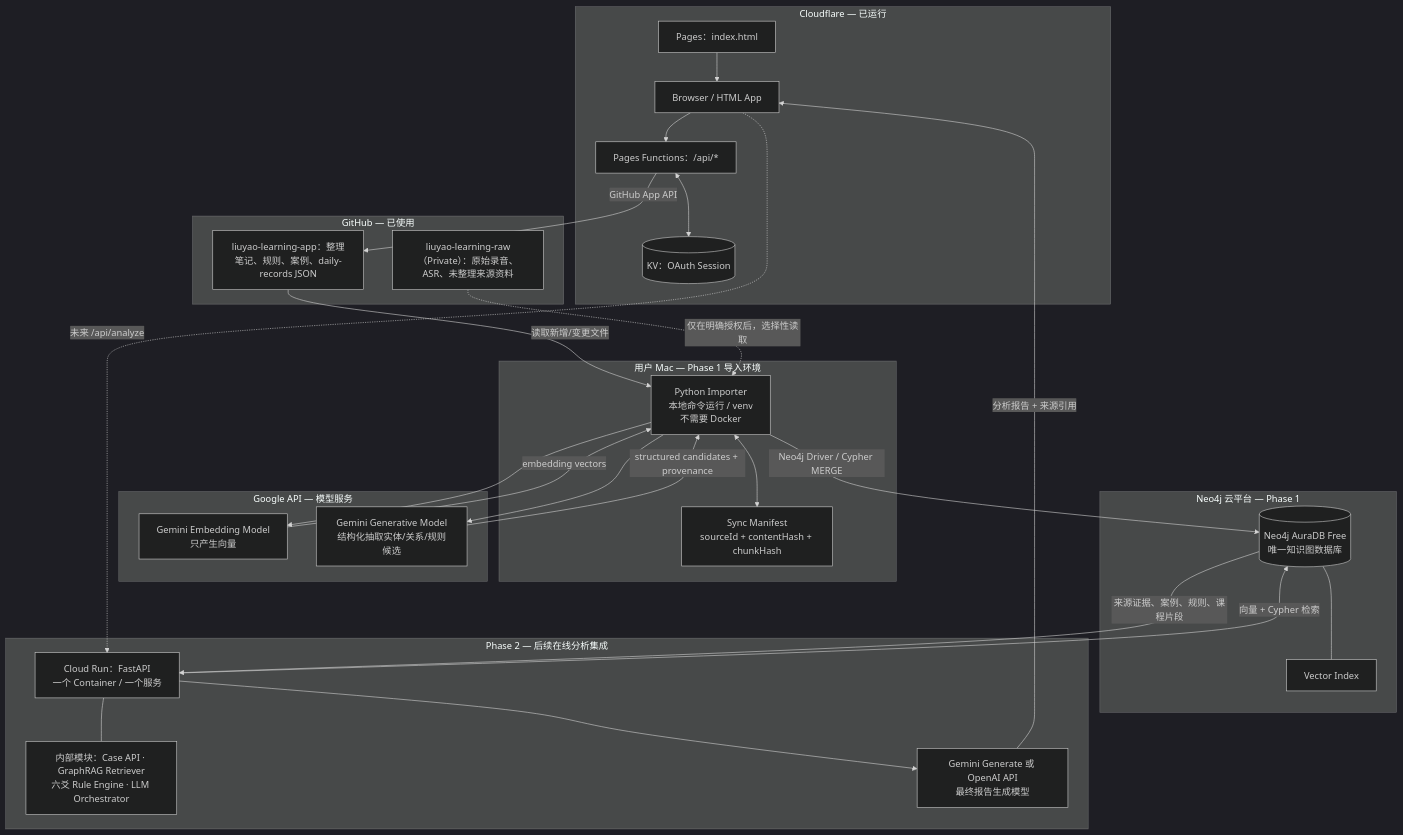
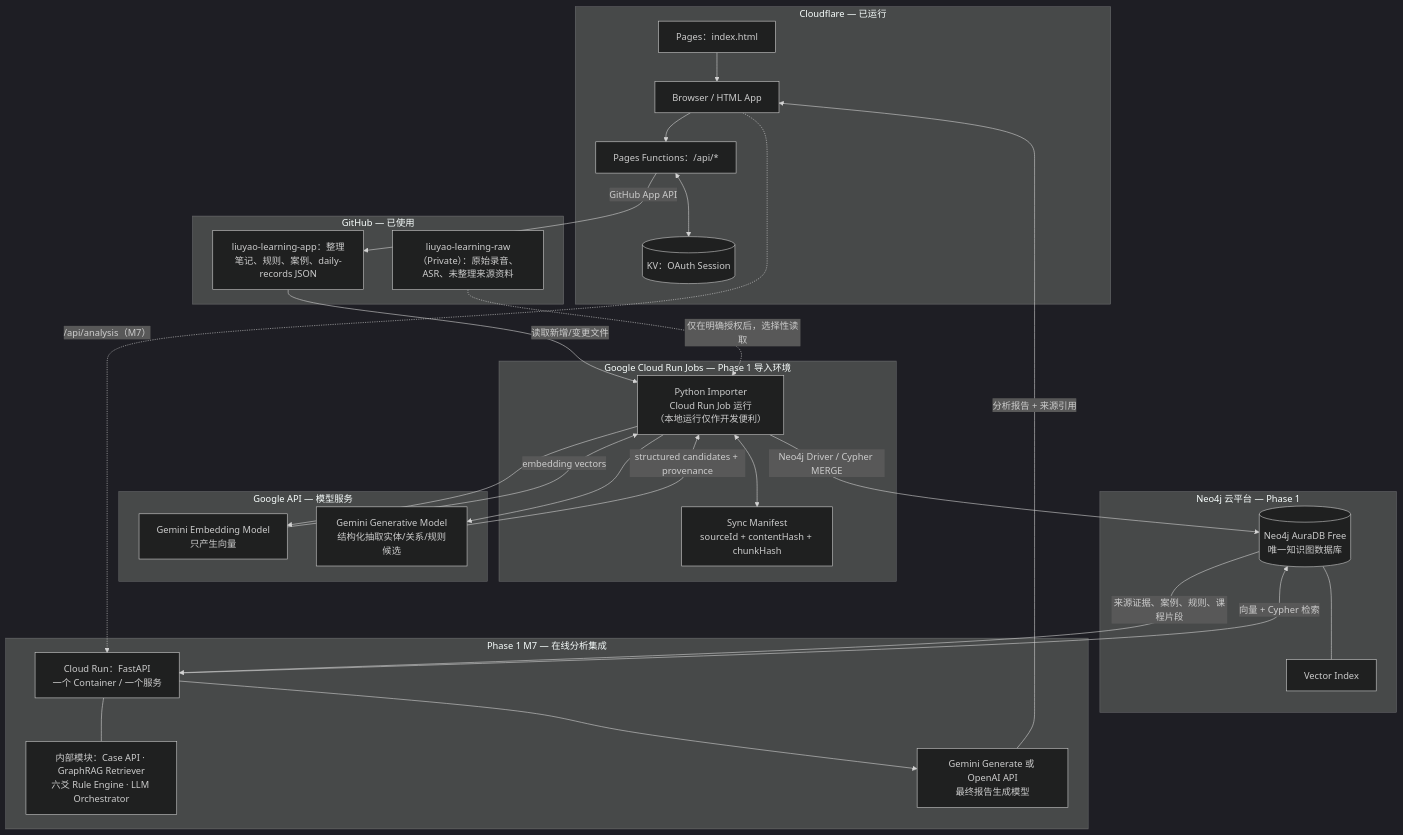
The diagram in docs/phase1-operating-model.md (symbi/liuyao-learning-app), drawn with Mermaid (dark theme) before and after one commit. The commit also changed other lines of this file and 8 other files, not shown here.

Commit message:
docs: sync Phase 1 docs to cloud-first architecture (2026-11-24 decision)

````diff
--- a/docs/phase1-operating-model.md
+++ b/docs/phase1-operating-model.md
@@ -17,53 +17,53 @@
 ```mermaid
 flowchart TB
   B["Browser / HTML App"]
   subgraph CF["Cloudflare — 已运行"]
     P["Pages：index.html"]
     F["Pages Functions：/api/*"]
     K[("KV：OAuth Session")]
     P --> B
     B --> F
     F <--> K
   end
   subgraph GH["GitHub — 已使用"]
     L["liuyao-learning-app：整理笔记、规则、案例、daily-records JSON"]
     R["liuyao-learning-raw（Private）：原始录音、ASR、未整理来源资料"]
   end
   F -->|"GitHub App API"| L
 
-  subgraph MAC["用户 Mac — Phase 1 导入环境"]
-    I["Python Importer<br/>本地命令运行 / venv<br/>不需要 Docker"]
+  subgraph MAC["Google Cloud Run Jobs — Phase 1 导入环境"]
+    I["Python Importer<br/>Cloud Run Job 运行<br/>（本地运行仅作开发便利）"]
     M["Sync Manifest<br/>sourceId + contentHash + chunkHash"]
   end
   L -->|"读取新增/变更文件"| I
   R -.->|"仅在明确授权后，选择性读取"| I
   I <--> M
 
   subgraph GOOGLE["Google API — 模型服务"]
     E["Gemini Embedding Model<br/>只产生向量"]
     G["Gemini Generative Model<br/>结构化抽取实体/关系/规则候选"]
   end
   I --> E
   I --> G
 
   subgraph NEO["Neo4j 云平台 — Phase 1"]
     A[("Neo4j AuraDB Free<br/>唯一知识图数据库")]
     V["Vector Index"]
     A --- V
   end
   E -->|"embedding vectors"| I
   G -->|"structured candidates + provenance"| I
   I -->|"Neo4j Driver / Cypher MERGE"| A
 
-  subgraph P2["Phase 2 — 后续在线分析集成"]
+  subgraph P2["Phase 1 M7 — 在线分析集成"]
     API["Cloud Run：FastAPI<br/>一个 Container / 一个服务"]
     MOD["内部模块：Case API · GraphRAG Retriever<br/>六爻 Rule Engine · LLM Orchestrator"]
     API --- MOD
     Q["Gemini Generate 或 OpenAI API<br/>最终报告生成模型"]
     API --> Q
   end
-  B -.->|"未来 /api/analyze"| API
+  B -.->|"/api/analysis（M7）"| API
   API -->|"向量 + Cypher 检索"| A
   A -->|"来源证据、案例、规则、课程片段"| API
   Q -->|"分析报告 + 来源引用"| B
 ```
````
